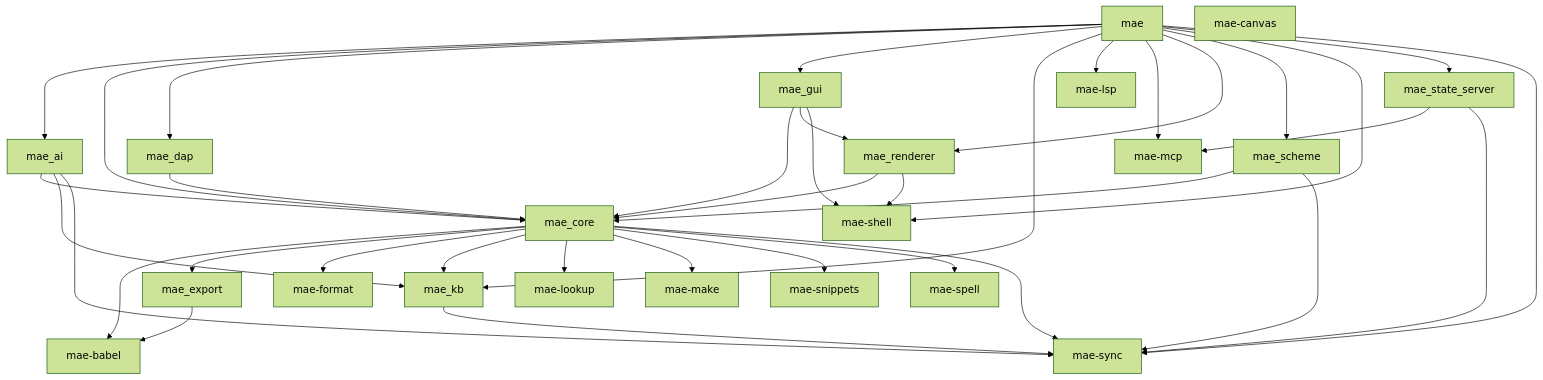
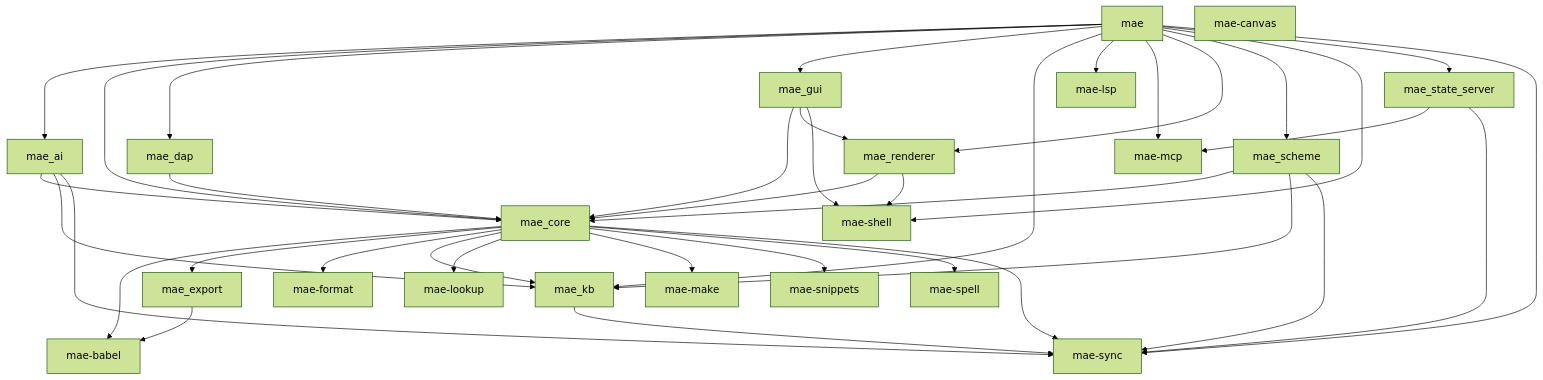
The diagram in docs/CODE_MAP.md (cuttlefisch/mae), drawn with Mermaid (forest theme) before and after one commit. The commit also changed other lines of this file and 266 other files, not shown here.

````diff
--- a/docs/CODE_MAP.md
+++ b/docs/CODE_MAP.md
@@ -7,50 +7,51 @@
 ```mermaid
 graph TD
     mae --> mae_ai
     mae --> mae_core
     mae --> mae_dap
     mae --> mae_gui
     mae --> mae_kb
     mae --> mae_lsp
     mae --> mae_mcp
     mae --> mae_renderer
     mae --> mae_scheme
     mae --> mae_shell
     mae --> mae_state_server
     mae --> mae_sync
     mae_ai --> mae_core
     mae_ai --> mae_kb
     mae_ai --> mae_sync
     mae_babel[mae-babel]
     mae_canvas[mae-canvas]
     mae_core --> mae_babel
     mae_core --> mae_export
     mae_core --> mae_format
     mae_core --> mae_kb
     mae_core --> mae_lookup
     mae_core --> mae_make
     mae_core --> mae_snippets
     mae_core --> mae_spell
     mae_core --> mae_sync
     mae_dap --> mae_core
     mae_export --> mae_babel
     mae_format[mae-format]
     mae_gui --> mae_core
     mae_gui --> mae_renderer
     mae_gui --> mae_shell
     mae_kb --> mae_sync
     mae_lookup[mae-lookup]
     mae_lsp[mae-lsp]
     mae_make[mae-make]
     mae_mcp[mae-mcp]
     mae_renderer --> mae_core
     mae_renderer --> mae_shell
     mae_scheme --> mae_core
+    mae_scheme --> mae_kb
     mae_scheme --> mae_sync
     mae_shell[mae-shell]
     mae_snippets[mae-snippets]
     mae_spell[mae-spell]
     mae_state_server --> mae_mcp
     mae_state_server --> mae_sync
     mae_sync[mae-sync]
 ```
````
